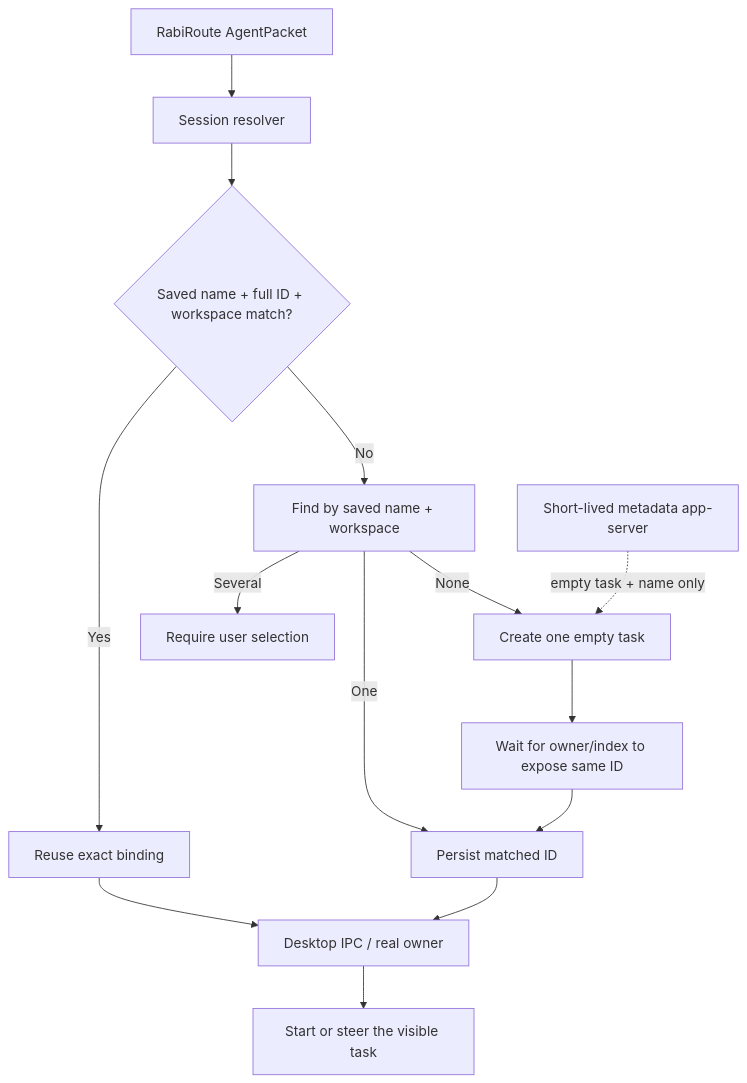
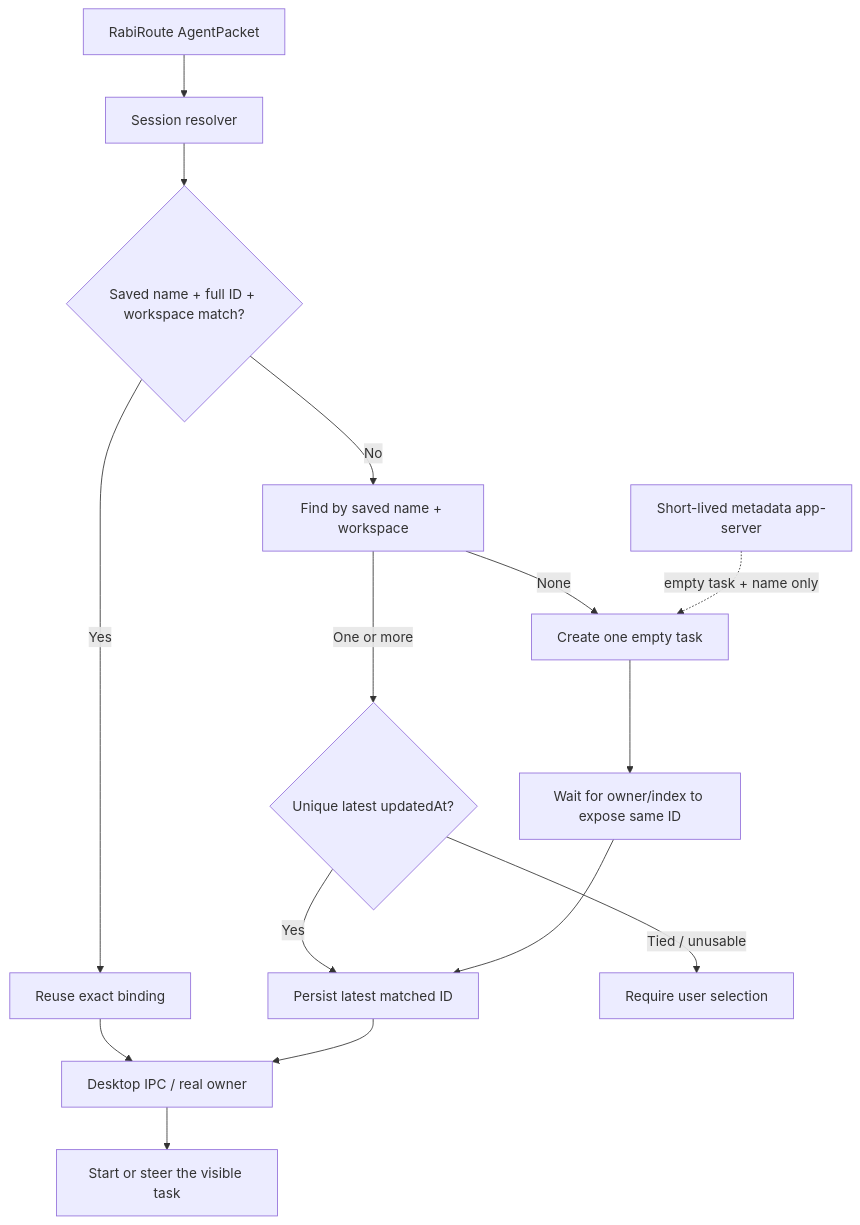
Before and after one commit to vb2250158/RabiRoute: the diagram in docs/agent-adapter-integration-lessons_en.md, drawn with Mermaid. The commit also changed other lines of this file and 23 other files, not shown here.

````diff
--- a/docs/agent-adapter-integration-lessons_en.md
+++ b/docs/agent-adapter-integration-lessons_en.md
@@ -109,16 +109,17 @@
 ```mermaid
 flowchart TD
     R["RabiRoute AgentPacket"] --> S["Session resolver"]
     S --> I{"Saved name + full ID + workspace match?"}
     I -->|"Yes"| B["Reuse exact binding"]
     I -->|"No"| N["Find by saved name + workspace"]
-    N -->|"One"| P["Persist matched ID"]
+    N -->|"One or more"| L{"Unique latest updatedAt?"}
+    L -->|"Yes"| P["Persist latest matched ID"]
+    L -->|"Tied / unusable"| A["Require user selection"]
     N -->|"None"| C["Create one empty task"]
-    N -->|"Several"| A["Require user selection"]
     C --> W["Wait for owner/index to expose same ID"]
     W --> P
     B --> D["Desktop IPC / real owner"]
     P --> D
     D --> T["Start or steer the visible task"]
     X["Short-lived metadata app-server"] -. "empty task + name only" .-> C
 ```
````
